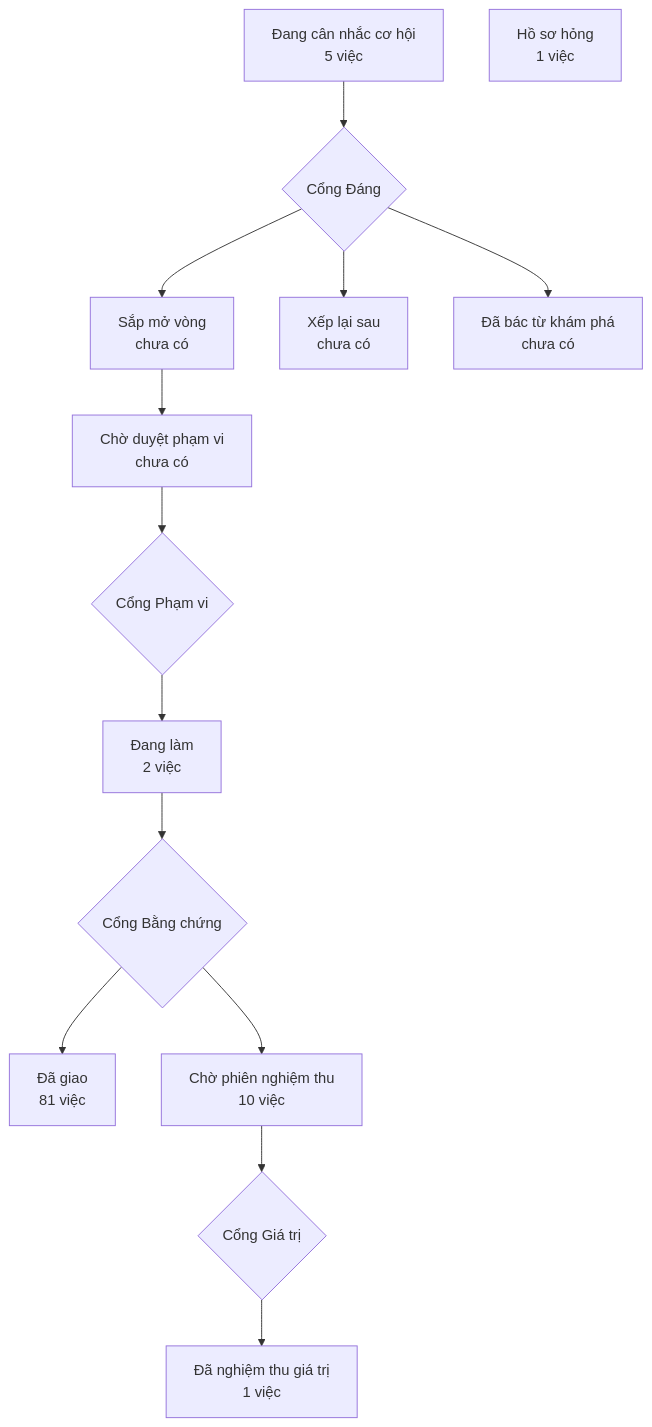
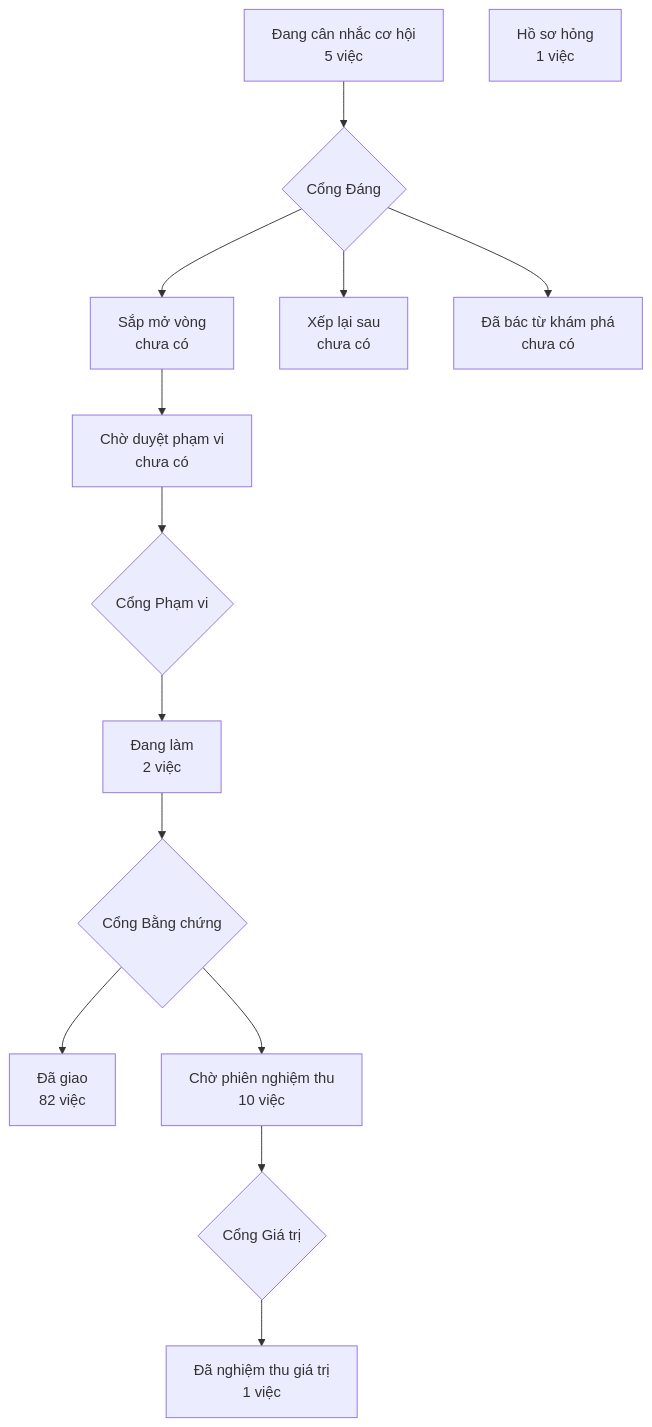
Before and after one commit to phanlemanh/crm-onehub: the diagram in PRODUCT-MAP.md, drawn with Mermaid. The commit also changed other lines of this file, not shown here.

Commit message:
chore(cap-nhat-tuan-okr): ve lai PRODUCT-MAP.md sau khi gop onehub #144
node scripts/product-map.mjs --root . theo dung luat "dung sua tay".

````diff
--- a/PRODUCT-MAP.md
+++ b/PRODUCT-MAP.md
@@ -6,13 +6,13 @@
 ```mermaid
 flowchart TD
   A["Đang cân nhắc cơ hội<br/>5 việc"] --> GD{"Cổng Đáng"}
   GD --> B["Sắp mở vòng<br/>chưa có"]
   GD --> XL["Xếp lại sau<br/>chưa có"]
   GD --> DB["Đã bác từ khám phá<br/>chưa có"]
   B --> CD["Chờ duyệt phạm vi<br/>chưa có"] --> GP{"Cổng Phạm vi"}
   GP --> DL["Đang làm<br/>2 việc"] --> GB{"Cổng Bằng chứng"}
-  GB --> DG["Đã giao<br/>81 việc"]
+  GB --> DG["Đã giao<br/>82 việc"]
   GB --> CN["Chờ phiên nghiệm thu<br/>10 việc"] --> GG{"Cổng Giá trị"}
   GG --> NT["Đã nghiệm thu giá trị<br/>1 việc"]
   HS["Hồ sơ hỏng<br/>1 việc"]
 ```
````
